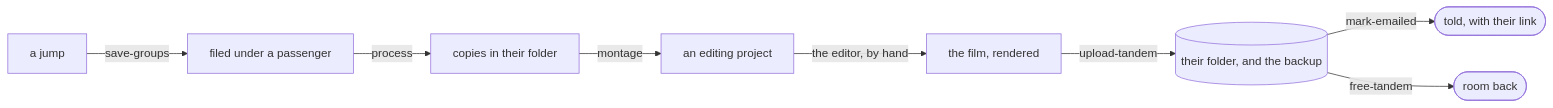
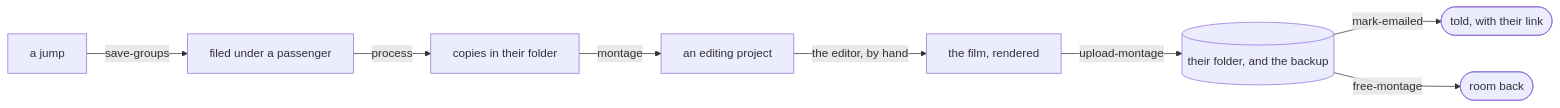
The third of 4 diagrams in docs/the-board-from-the-inside.md (didiercapozzi/skydock), drawn with Mermaid before and after one commit. The commit also changed other lines of this file and 40 other files, not shown here.

````diff
--- a/docs/the-board-from-the-inside.md
+++ b/docs/the-board-from-the-inside.md
@@ -49,10 +49,10 @@
 ```mermaid
 flowchart LR
   jump[a jump] -->|save-groups| pax[filed under a passenger]
   pax -->|process| copies[copies in their folder]
   copies -->|montage| project[an editing project]
   project -->|the editor, by hand| film["the film, rendered"]
-  film -->|upload-tandem| storage[("their folder, and the backup")]
+  film -->|upload-montage| storage[("their folder, and the backup")]
   storage -->|mark-emailed| told(["told, with their link"])
-  storage -->|free-tandem| room([room back])
+  storage -->|free-montage| room([room back])
 ```
````
